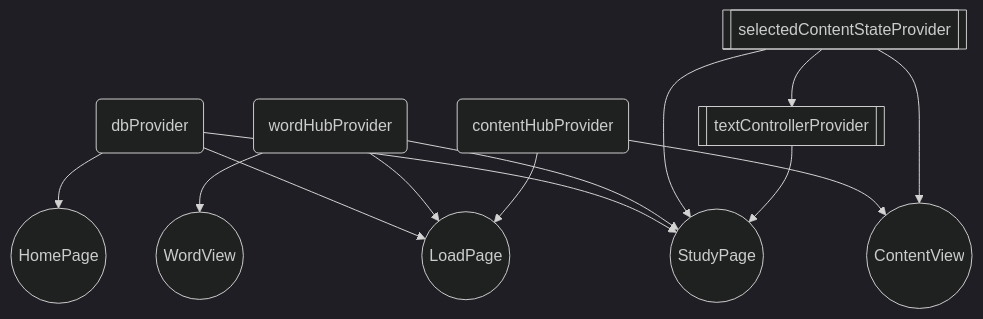
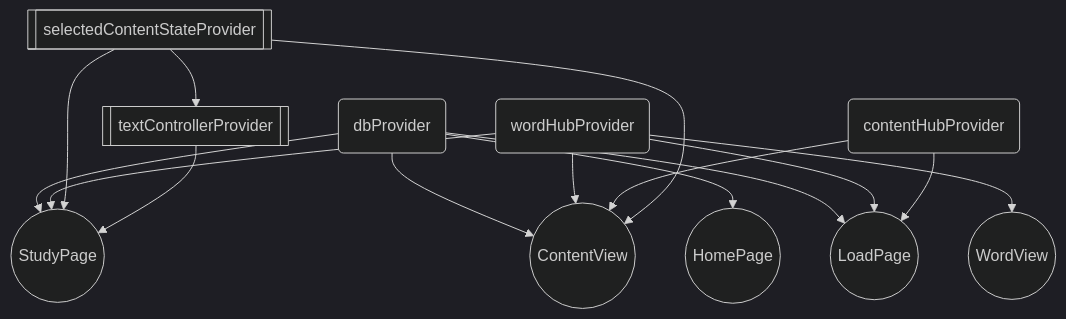
One commit to hpn33/landlearn changed the diagram in riverpod_diagram.md. Above: the diagram before and after it, drawn with Mermaid (dark theme). The commit also changed 1 other file, not shown here.

````diff
--- a/riverpod_diagram.md
+++ b/riverpod_diagram.md
@@ -2,30 +2,32 @@
 ```mermaid
 graph TD;
 
 
+9(dbProvider) --> 2((HomePage)) ;
 
-9(dbProvider) --> 3((HomePage)) ;
 
 9(dbProvider) --> 4((StudyPage)) ;
 10(wordHubProvider) --> 4((StudyPage)) ;
 12[[selectedContentStateProvider]] --> 4((StudyPage)) ;
 13[[textControllerProvider]] --> 4((StudyPage)) ;
 
 
 9(dbProvider) --> 6((LoadPage)) ;
 10(wordHubProvider) --> 6((LoadPage)) ;
 11(contentHubProvider) --> 6((LoadPage)) ;
 
 10(wordHubProvider) --> 7((WordView)) ;
 
+9(dbProvider) --> 8((ContentView)) ;
+10(wordHubProvider) --> 8((ContentView)) ;
 11(contentHubProvider) --> 8((ContentView)) ;
 12[[selectedContentStateProvider]] --> 8((ContentView)) ;
 
 
 
 
 
 12[[selectedContentStateProvider]] --> 13[[textControllerProvider]] ;
 
 
 ```
````
